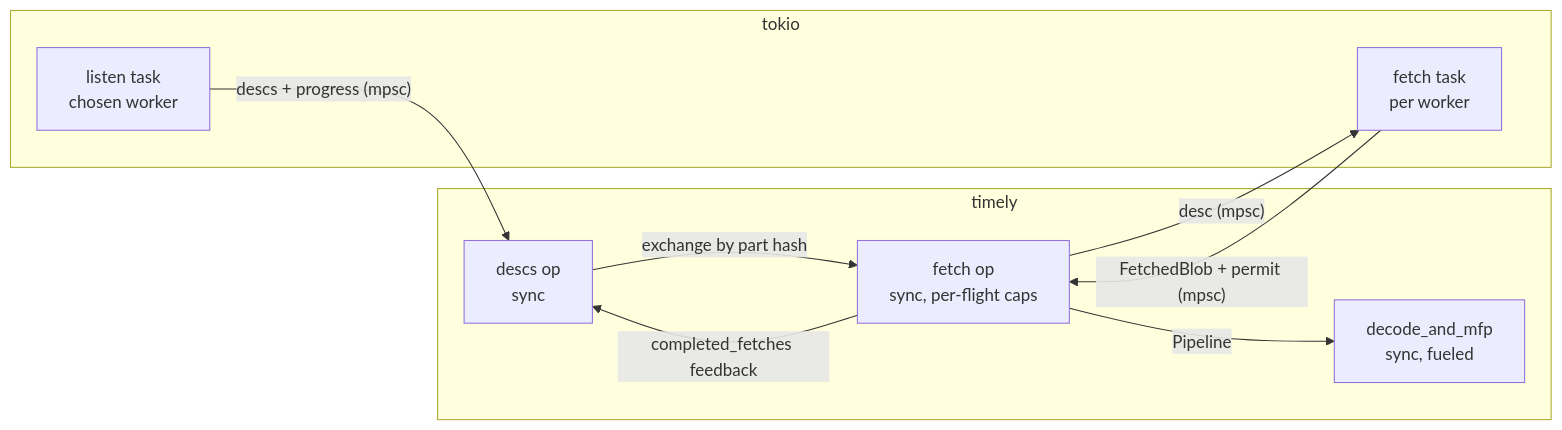
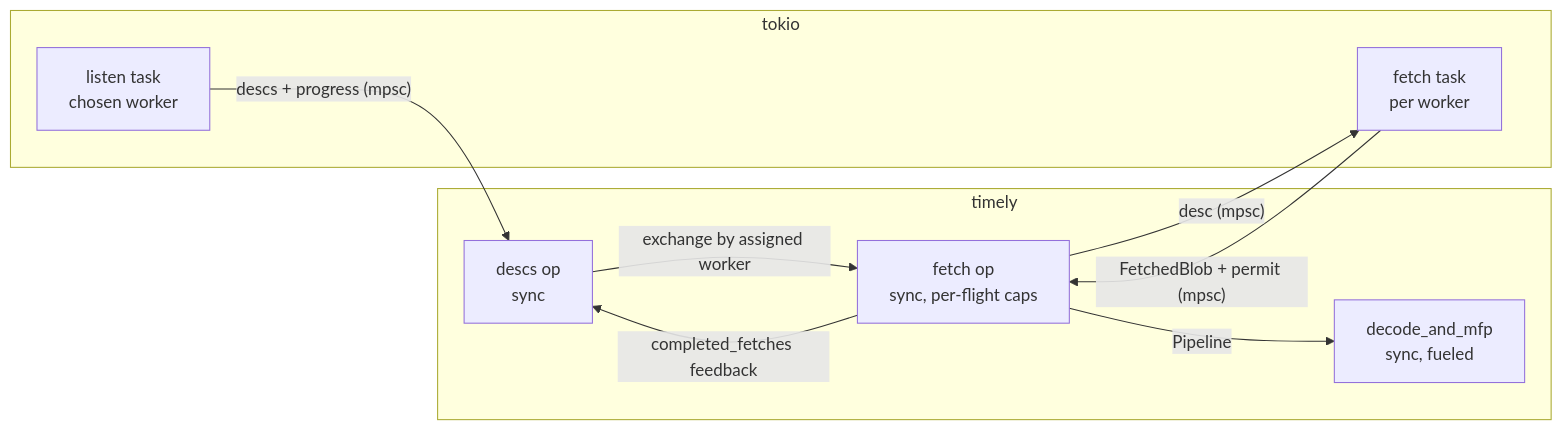
One commit to MaterializeInc/materialize changed the diagram in doc/developer/design/20260604_persist_source_deasync.md. Above: the diagram before and after it, drawn with Mermaid. The commit also changed other lines of this file, not shown here.

````diff
--- a/doc/developer/design/20260604_persist_source_deasync.md
+++ b/doc/developer/design/20260604_persist_source_deasync.md
@@ -49,18 +50,18 @@
 ```mermaid
 graph LR
     subgraph tokio
         L[listen task<br/>chosen worker]
         F[fetch task<br/>per worker]
     end
     subgraph timely
         D[descs op<br/>sync]
         X[decode_and_mfp<br/>sync, fueled]
         FO[fetch op<br/>sync, per-flight caps]
     end
     L -- "descs + progress (mpsc)" --> D
-    D -- "exchange by part hash" --> FO
+    D -- "exchange by assigned worker" --> FO
     FO -- "desc (mpsc)" --> F
     F -- "FetchedBlob + permit (mpsc)" --> FO
     FO -- "Pipeline" --> X
     FO -- "completed_fetches feedback" --> D
 ```
````
